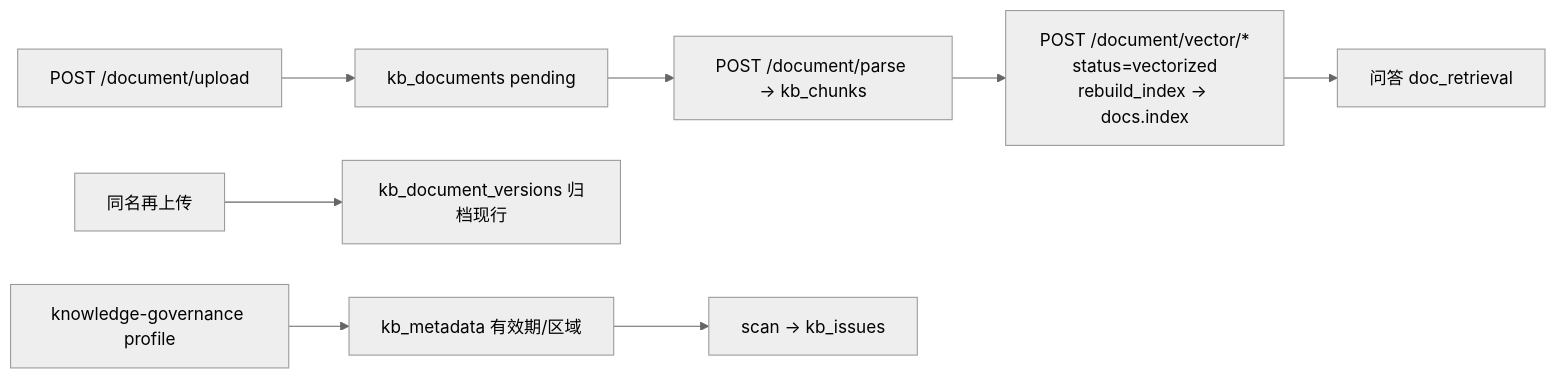
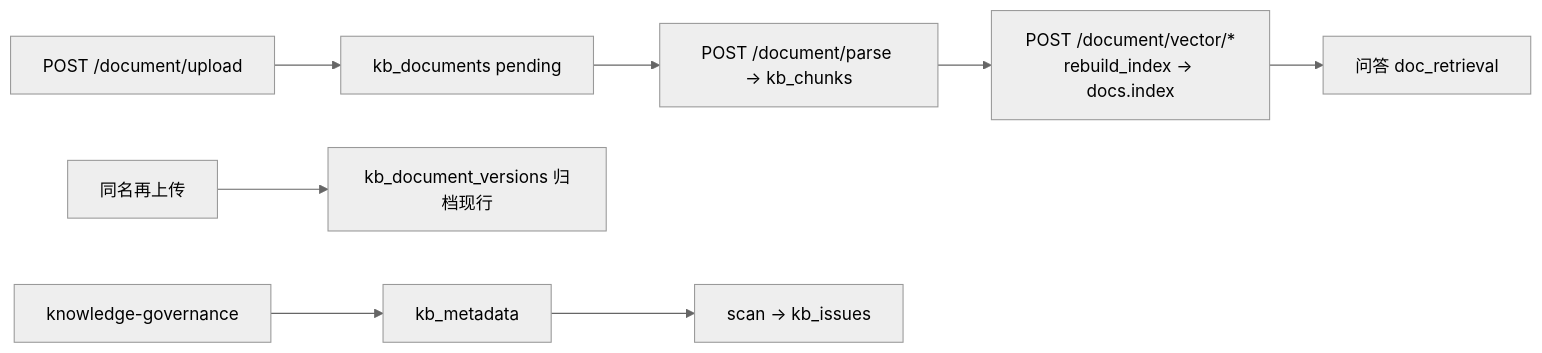
Before and after one commit to Ajet9009/chinese_medical: the sixth of 7 diagrams in docs/系统架构.md, drawn with Mermaid (neutral theme). The commit also changed other lines of this file and 61 other files, not shown here.

````diff
--- a/docs/系统架构.md
+++ b/docs/系统架构.md
@@ -171,10 +221,10 @@
 ```mermaid
 flowchart LR
     UP["POST /document/upload"] --> ROW["kb_documents pending"]
     ROW --> PARSE["POST /document/parse → kb_chunks"]
-    PARSE --> VEC["POST /document/vector/*<br/>status=vectorized<br/>rebuild_index → docs.index"]
+    PARSE --> VEC["POST /document/vector/*<br/>rebuild_index → docs.index"]
     VEC --> ASK["问答 doc_retrieval"]
     RE["同名再上传"] --> VER["kb_document_versions 归档现行"]
-    GOV["knowledge-governance profile"] --> META["kb_metadata 有效期/区域"]
+    GOV["knowledge-governance"] --> META["kb_metadata"]
     META --> SCAN["scan → kb_issues"]
 ```
````
